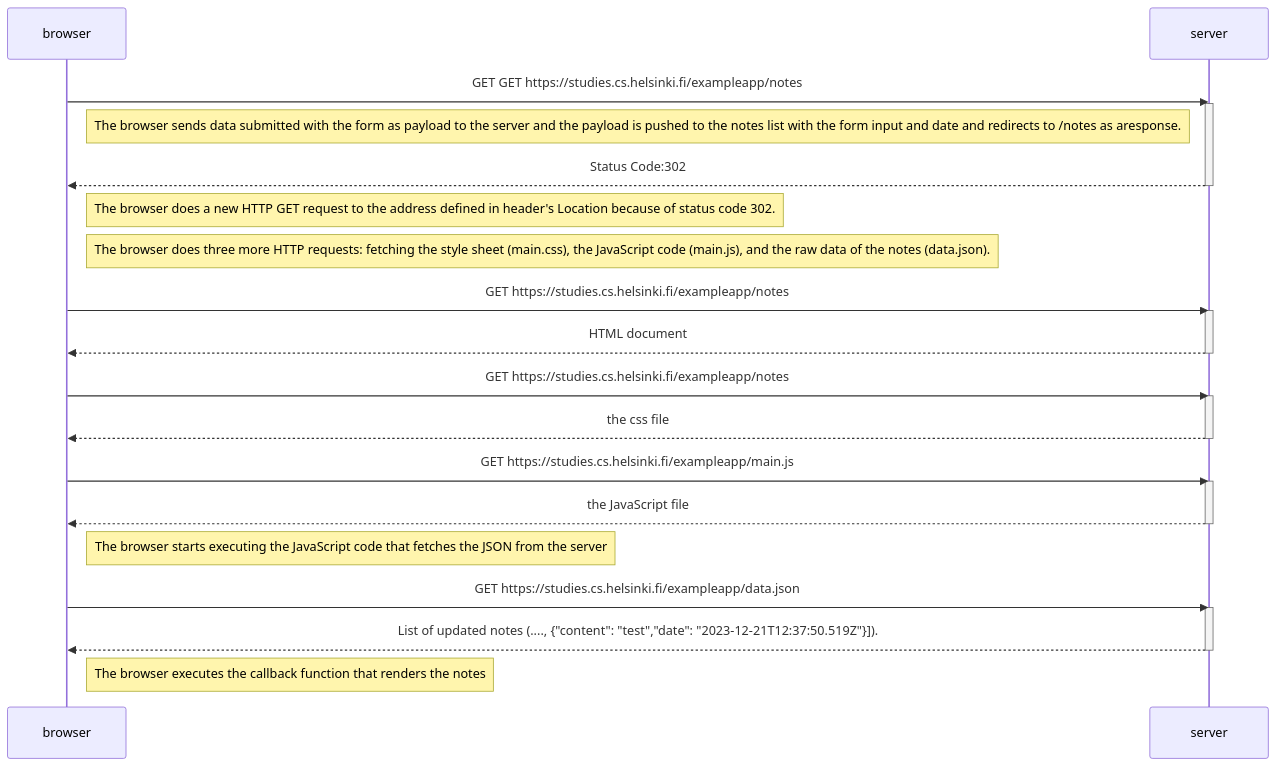
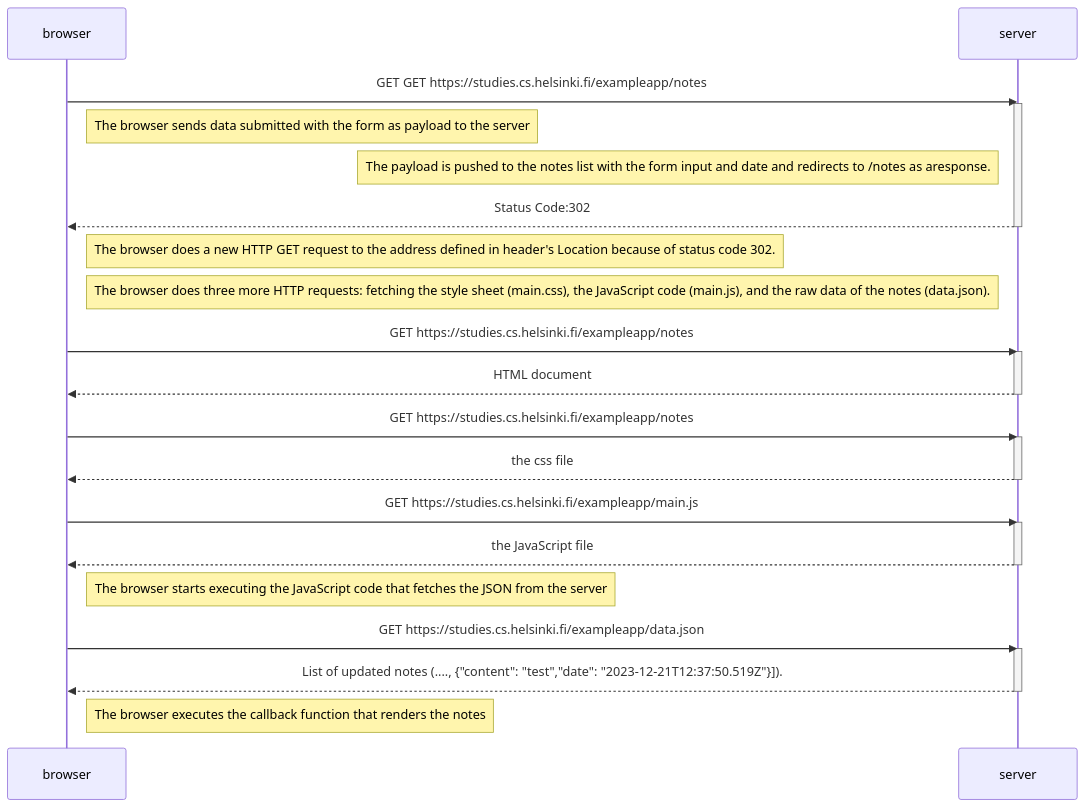
One commit to stha-sulav/Exercises changed the diagram in part0/New note diagram.md. Above: the diagram before and after it, drawn with Mermaid.

Commit message:
page fix

````diff
--- a/part0/New note diagram.md
+++ b/part0/New note diagram.md
@@ -1,39 +1,40 @@
 ```mermaid
 sequenceDiagram
     participant browser
     participant server
 
     browser->>server: GET GET https://studies.cs.helsinki.fi/exampleapp/notes
     activate server
-    Note right of browser: The browser sends data submitted with the form as payload to the server and the payload is pushed to the notes list with the form input and date and redirects to /notes as aresponse.
+    Note right of browser: The browser sends data submitted with the form as payload to the server
+    Note left of server: The payload is pushed to the notes list with the form input and date and redirects to /notes as aresponse.
     server-->>browser: Status Code:302
     deactivate server
 
     Note right of browser: The browser does a new HTTP GET request to the address defined in header's Location because of status code 302.
     Note right of browser: The browser does three more HTTP requests: fetching the style sheet (main.css), the JavaScript code (main.js), and the raw data of the notes (data.json).
 
     browser->>server: GET https://studies.cs.helsinki.fi/exampleapp/notes
     activate server
     server-->>browser: HTML document
     deactivate server
 
     browser->>server: GET https://studies.cs.helsinki.fi/exampleapp/notes
     activate server
     server-->>browser: the css file
     deactivate server
 
     browser->>server: GET https://studies.cs.helsinki.fi/exampleapp/main.js
     activate server
     server-->>browser: the JavaScript file
     deactivate server
 
     Note right of browser: The browser starts executing the JavaScript code that fetches the JSON from the server
 
     browser->>server: GET https://studies.cs.helsinki.fi/exampleapp/data.json
     activate server
     server-->>browser: List of updated notes (...., {"content": "test","date": "2023-12-21T12:37:50.519Z"}]).
     deactivate server
 
     Note right of browser: The browser executes the callback function that renders the notes
 
 ```
````
